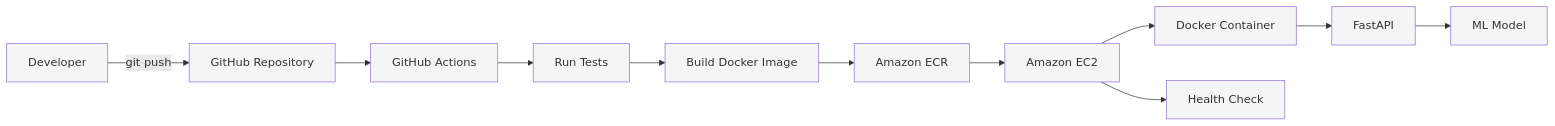
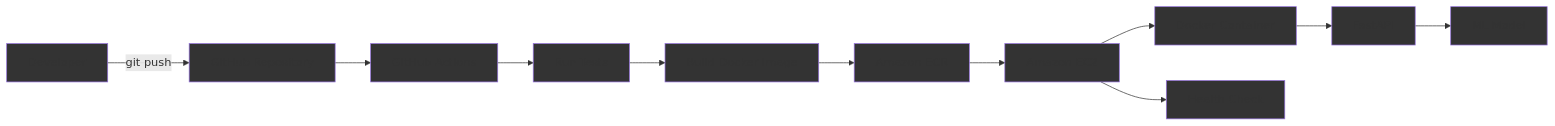
Before and after one commit to HardikMaster16/student-performance-ml: the first of 3 diagrams in README.md, drawn with Mermaid.

````diff
--- a/README.md
+++ b/README.md
@@ -71,30 +71,30 @@
 ```mermaid
 flowchart LR
     A[Developer] -->|git push| B[GitHub Repository]
 
     B --> C[GitHub Actions]
 
     C --> D[Run Tests]
     D --> E[Build Docker Image]
     E --> F[Amazon ECR]
 
     F --> G[Amazon EC2]
 
     G --> H[Docker Container]
     H --> I[FastAPI]
     I --> J[ML Model]
 
     G --> K[Health Check]
 
-    style A fill:#f5f5f5
-    style B fill:#f5f5f5
-    style C fill:#f5f5f5
-    style D fill:#f5f5f5
-    style E fill:#f5f5f5
-    style F fill:#f5f5f5
-    style G fill:#f5f5f5
-    style H fill:#f5f5f5
-    style I fill:#f5f5f5
-    style J fill:#f5f5f5
-    style K fill:#f5f5f5
+    style A fill:#333333
+    style B fill:#333333
+    style C fill:#333333
+    style D fill:#333333
+    style E fill:#333333
+    style F fill:#333333
+    style G fill:#333333
+    style H fill:#333333
+    style I fill:#333333
+    style J fill:#333333
+    style K fill:#333333
 ```
````
